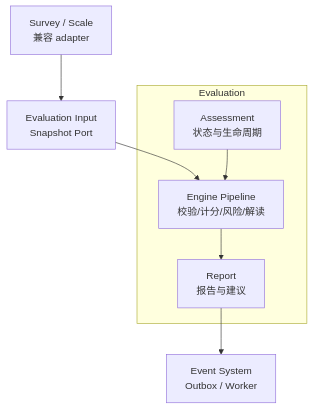
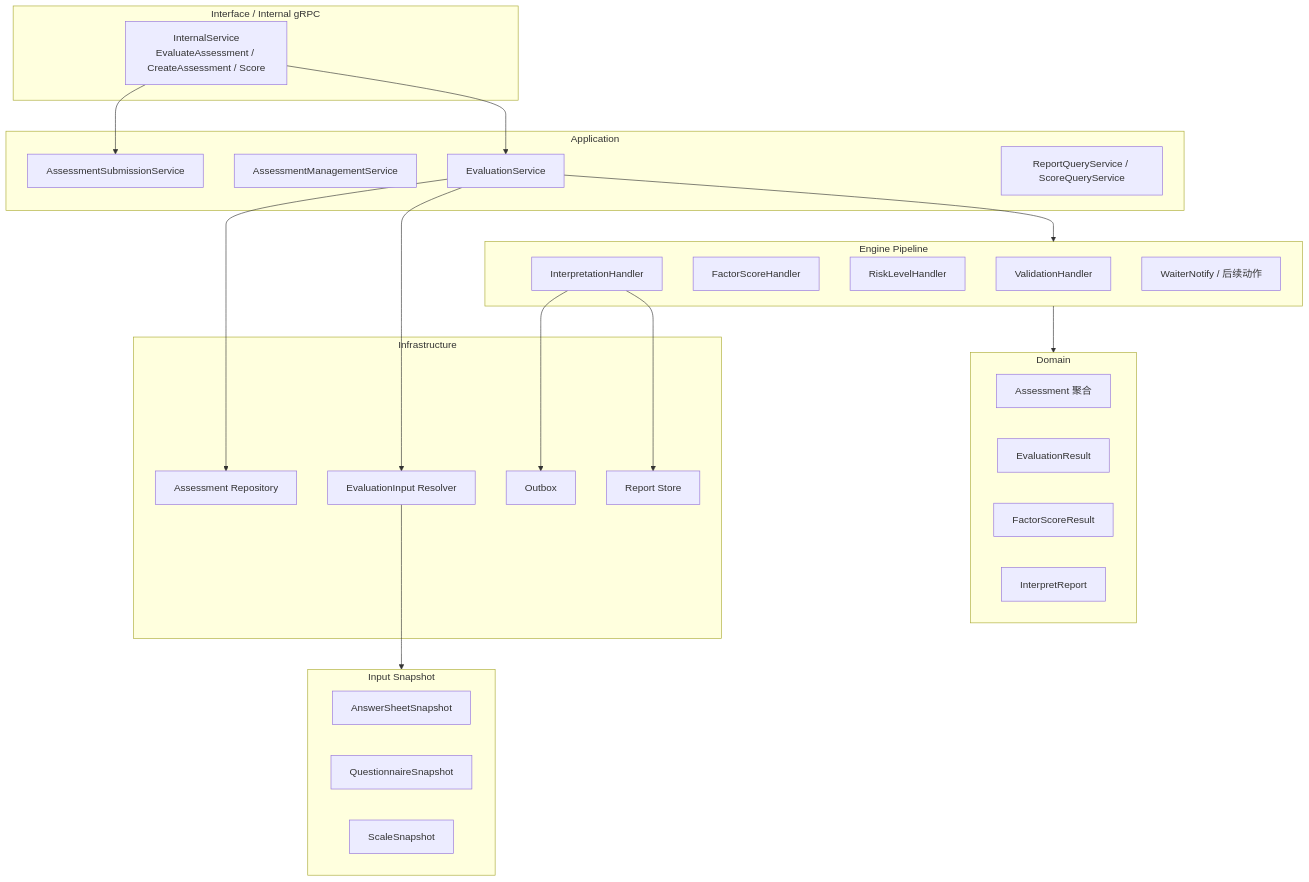
The second of 5 diagrams in docs/02-业务模块/evaluation/00-整体架构.md (FangcunMount/qs-server), drawn with Mermaid before and after one commit. The commit also changed other lines of this file and 8 other files, not shown here.

````diff
--- a/docs/02-业务模块/evaluation/00-整体架构.md
+++ b/docs/02-业务模块/evaluation/00-整体架构.md
@@ -25,14 +167,51 @@
 ```mermaid
 flowchart TB
-    subgraph Evaluation
-        assessment["Assessment<br/>状态与生命周期"]
-        engine["Engine Pipeline<br/>校验/计分/风险/解读"]
-        report["Report<br/>报告与建议"]
+    subgraph interface["Interface / Internal gRPC"]
+        grpc["InternalService<br/>EvaluateAssessment / CreateAssessment / Score"]
     end
-    input["Evaluation Input<br/>Snapshot Port"]
-    surveyScale["Survey / Scale<br/>兼容 adapter"]
-    event["Event System<br/>Outbox / Worker"]
 
-    surveyScale --> input --> engine
-    assessment --> engine --> report --> event
+    subgraph app["Application"]
+        submission["AssessmentSubmissionService"]
+        management["AssessmentManagementService"]
+        engine["EvaluationService"]
+        query["ReportQueryService / ScoreQueryService"]
+    end
+
+    subgraph domain["Domain"]
+        assessment["Assessment 聚合"]
+        result["EvaluationResult"]
+        factorScore["FactorScoreResult"]
+        report["InterpretReport"]
+    end
+
+    subgraph pipeline["Engine Pipeline"]
+        validation["ValidationHandler"]
+        factor["FactorScoreHandler"]
+        risk["RiskLevelHandler"]
+        interp["InterpretationHandler"]
+        notify["WaiterNotify / 后续动作"]
+    end
+
+    subgraph input["Input Snapshot"]
+        sheet["AnswerSheetSnapshot"]
+        qnr["QuestionnaireSnapshot"]
+        scale["ScaleSnapshot"]
+    end
+
+    subgraph infra["Infrastructure"]
+        repo["Assessment Repository"]
+        resolver["EvaluationInput Resolver"]
+        outbox["Outbox"]
+        reportStore["Report Store"]
+    end
+
+    grpc --> submission
+    grpc --> engine
+    engine --> repo
+    engine --> resolver
+    resolver --> input
+    engine --> pipeline
+    pipeline --> domain
+    interp --> reportStore
+    interp --> outbox
 ```
````
